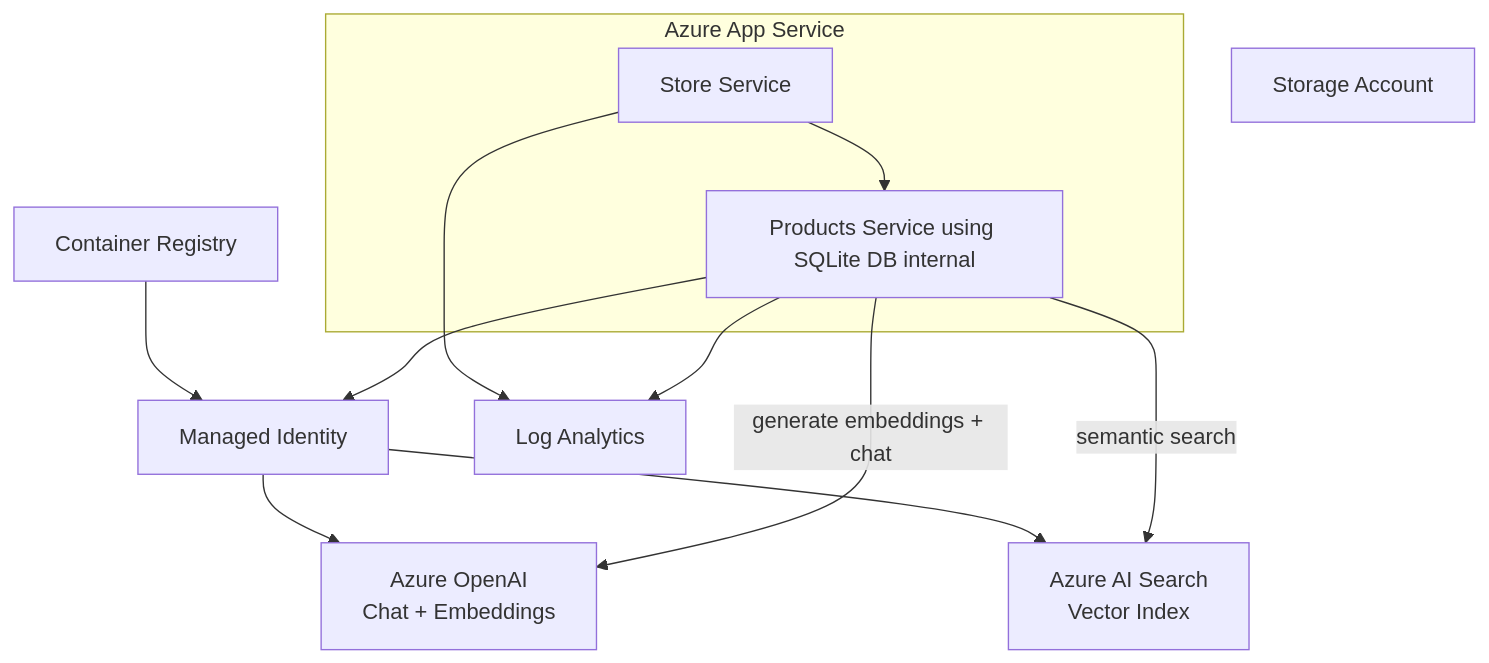
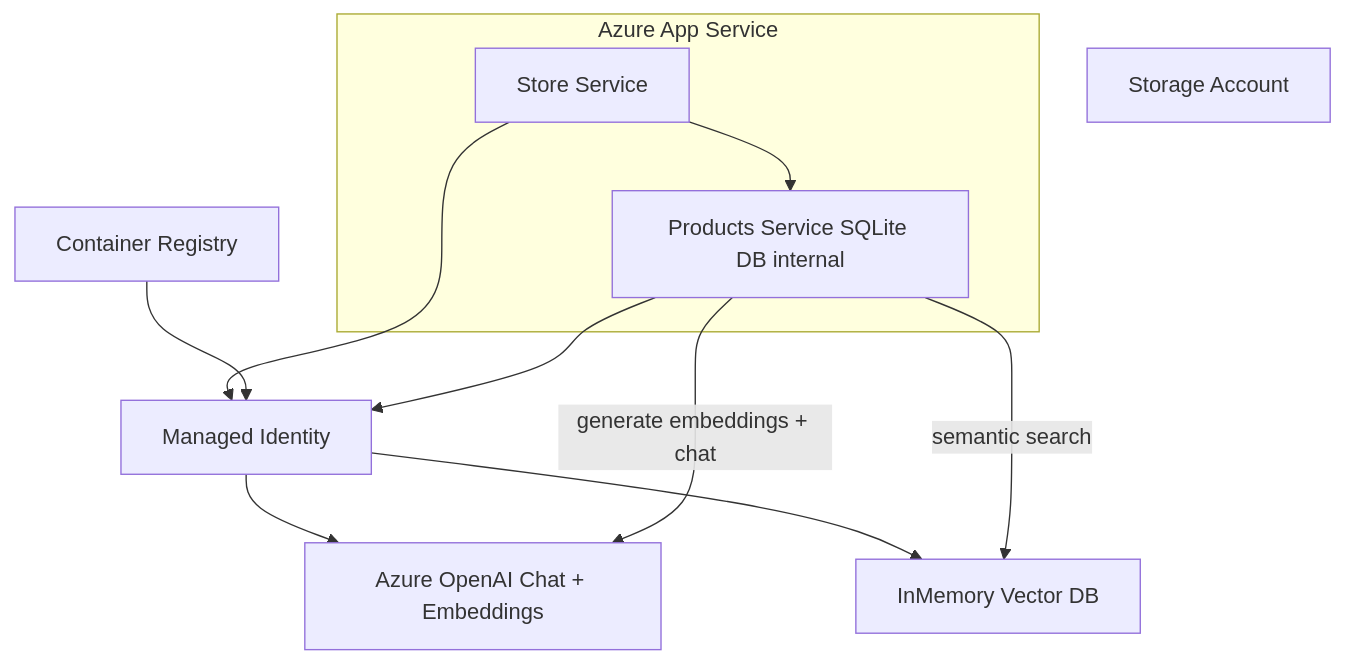
One commit to luckysuie/proj7 changed the diagram in scenarios/09-AzureAppService/README.md. Above: the diagram before and after it, drawn with Mermaid.

Commit message:
fix: Update architecture diagram to improve clarity of service connections and components

````diff
--- a/scenarios/09-AzureAppService/README.md
+++ b/scenarios/09-AzureAppService/README.md
@@ -48,26 +48,23 @@
   ```mermaid
   flowchart TD
     subgraph "Azure App Service"
       store[Store Service]
-      products[Products Service using SQLite DB internal]
+      products[Products Service SQLite DB internal]
     end
     ContainerRegistry[Container Registry]
     StorageAccount[Storage Account]
     ManagedIdentity[Managed Identity]
-    OpenAI[Azure OpenAI\nChat + Embeddings]
-    AISearch[Azure AI Search\nVector Index]
-    LogAnalytics[Log Analytics]
+    AzureOpenAI[Azure OpenAI Chat + Embeddings]
+    InMemoryVectorDB[InMemory Vector DB]
 
     store --> products
+    store --> ManagedIdentity
 
     ContainerRegistry --> ManagedIdentity
-    ManagedIdentity --> OpenAI
-    ManagedIdentity --> AISearch
+    ManagedIdentity --> AzureOpenAI
+    ManagedIdentity --> InMemoryVectorDB
 
     products --> ManagedIdentity
-    products -->|semantic search| AISearch
-    products -->|generate embeddings + chat| OpenAI
-
-    store --> LogAnalytics
-    products --> LogAnalytics
+    products -->|semantic search| InMemoryVectorDB
+    products -->|generate embeddings + chat| AzureOpenAI
   ```
````
